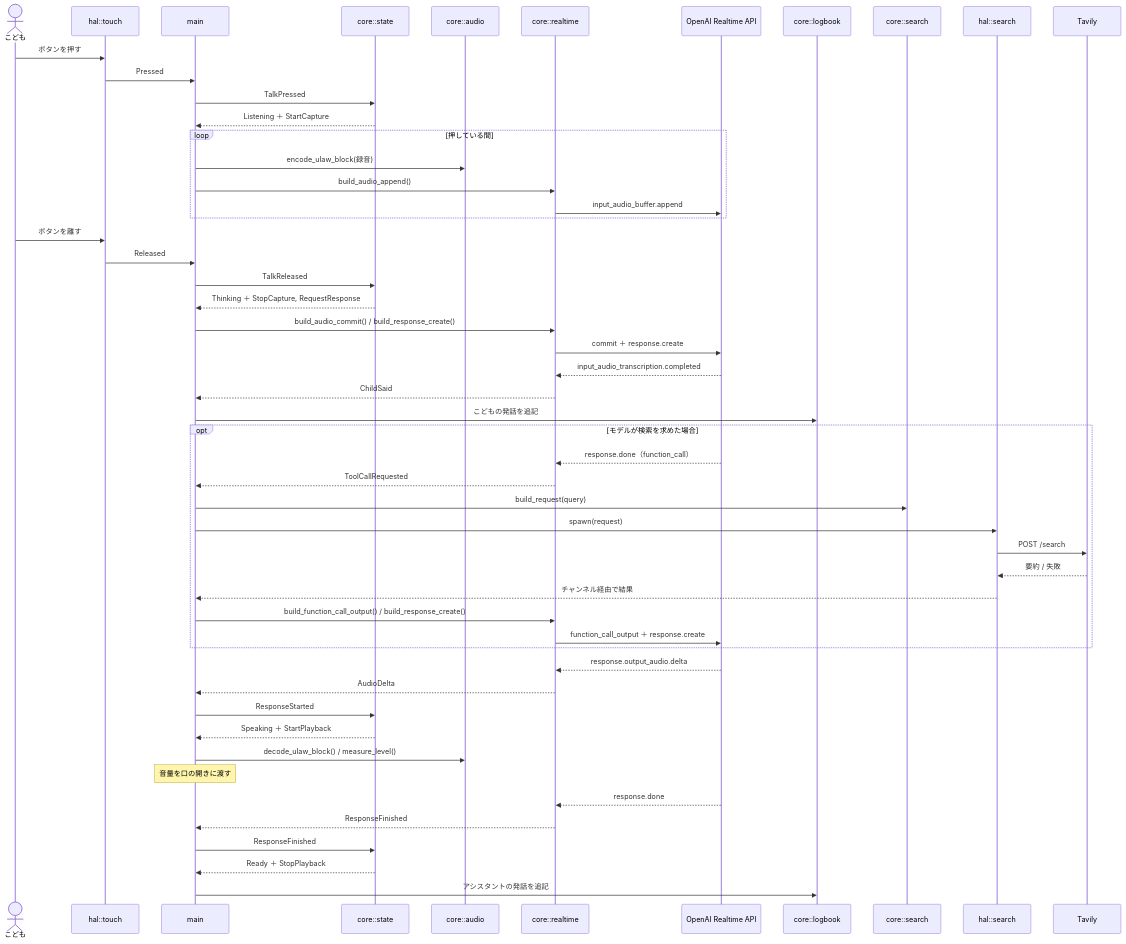
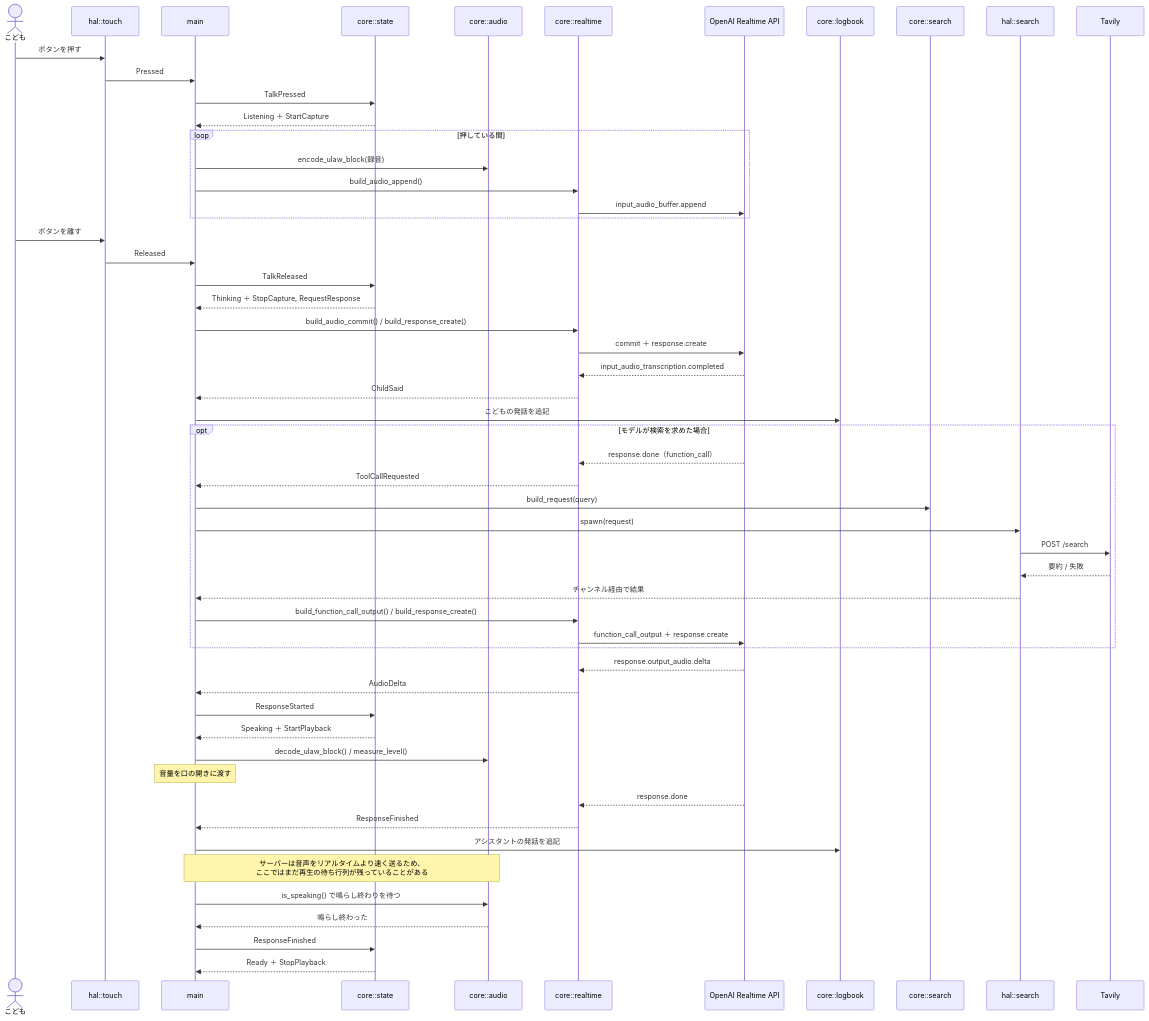
Before and after one commit to kibou-vision/m5a: the second of 3 diagrams in docs/design/conversation.md, drawn with Mermaid. The commit also changed 5 other files, not shown here.

````diff
--- a/docs/design/conversation.md
+++ b/docs/design/conversation.md
@@ -35,61 +35,64 @@
 ```mermaid
 sequenceDiagram
   actor Child as こども
   participant Touch as hal::touch
   participant Main as main
   participant State as core::state
   participant Audio as core::audio
   participant Proto as core::realtime
   participant API as OpenAI Realtime API
   participant Log as core::logbook
   participant Search as core::search
   participant HalSearch as hal::search
   participant Tavily as Tavily
 
   Child->>Touch: ボタンを押す
   Touch->>Main: Pressed
   Main->>State: TalkPressed
   State-->>Main: Listening ＋ StartCapture
 
   loop 押している間
     Main->>Audio: encode_ulaw_block(録音)
     Main->>Proto: build_audio_append()
     Proto->>API: input_audio_buffer.append
   end
 
   Child->>Touch: ボタンを離す
   Touch->>Main: Released
   Main->>State: TalkReleased
   State-->>Main: Thinking ＋ StopCapture, RequestResponse
   Main->>Proto: build_audio_commit() / build_response_create()
   Proto->>API: commit ＋ response.create
 
   API-->>Proto: input_audio_transcription.completed
   Proto-->>Main: ChildSaid
   Main->>Log: こどもの発話を追記
 
   opt モデルが検索を求めた場合
     API-->>Proto: response.done（function_call）
     Proto-->>Main: ToolCallRequested
     Main->>Search: build_request(query)
     Main->>HalSearch: spawn(request)
     HalSearch->>Tavily: POST /search
     Tavily-->>HalSearch: 要約 / 失敗
     HalSearch-->>Main: チャンネル経由で結果
     Main->>Proto: build_function_call_output() / build_response_create()
     Proto->>API: function_call_output ＋ response.create
   end
 
   API-->>Proto: response.output_audio.delta
   Proto-->>Main: AudioDelta
   Main->>State: ResponseStarted
   State-->>Main: Speaking ＋ StartPlayback
   Main->>Audio: decode_ulaw_block() / measure_level()
   Note over Main: 音量を口の開きに渡す
 
   API-->>Proto: response.done
   Proto-->>Main: ResponseFinished
+  Main->>Log: アシスタントの発話を追記
+  Note over Main,Audio: サーバーは音声をリアルタイムより速く送るため、<br/>ここではまだ再生の待ち行列が残っていることがある
+  Main->>Audio: is_speaking() で鳴らし終わりを待つ
+  Audio-->>Main: 鳴らし終わった
   Main->>State: ResponseFinished
   State-->>Main: Ready ＋ StopPlayback
-  Main->>Log: アシスタントの発話を追記
 ```
````
